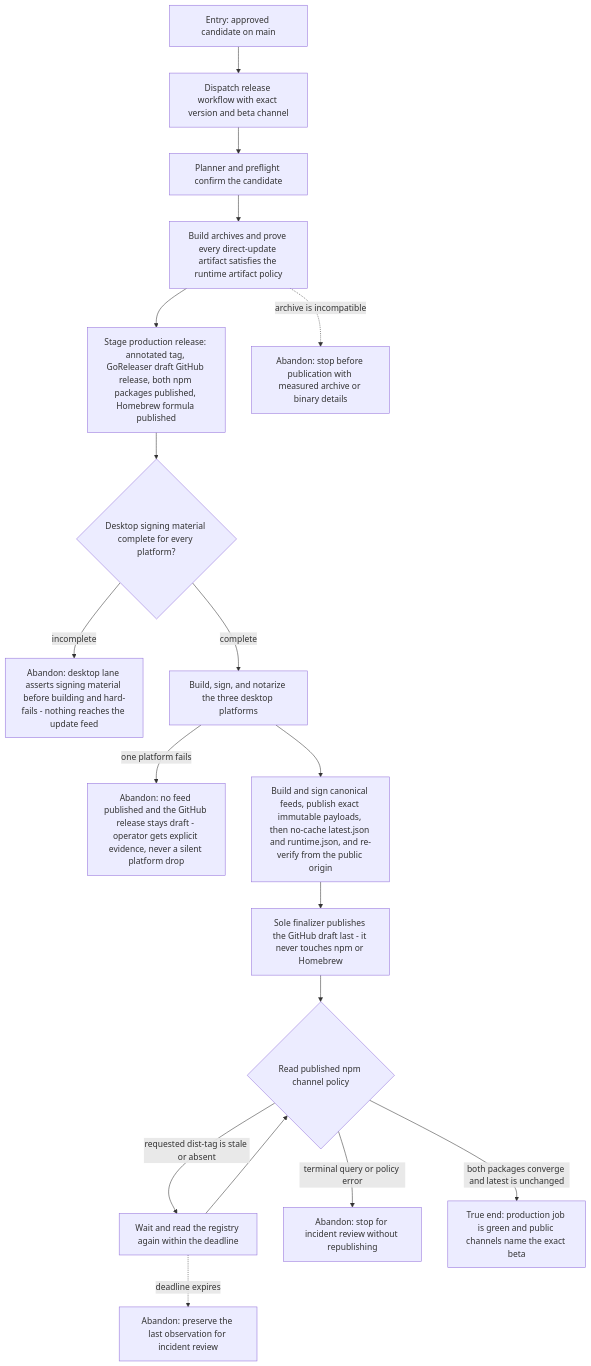
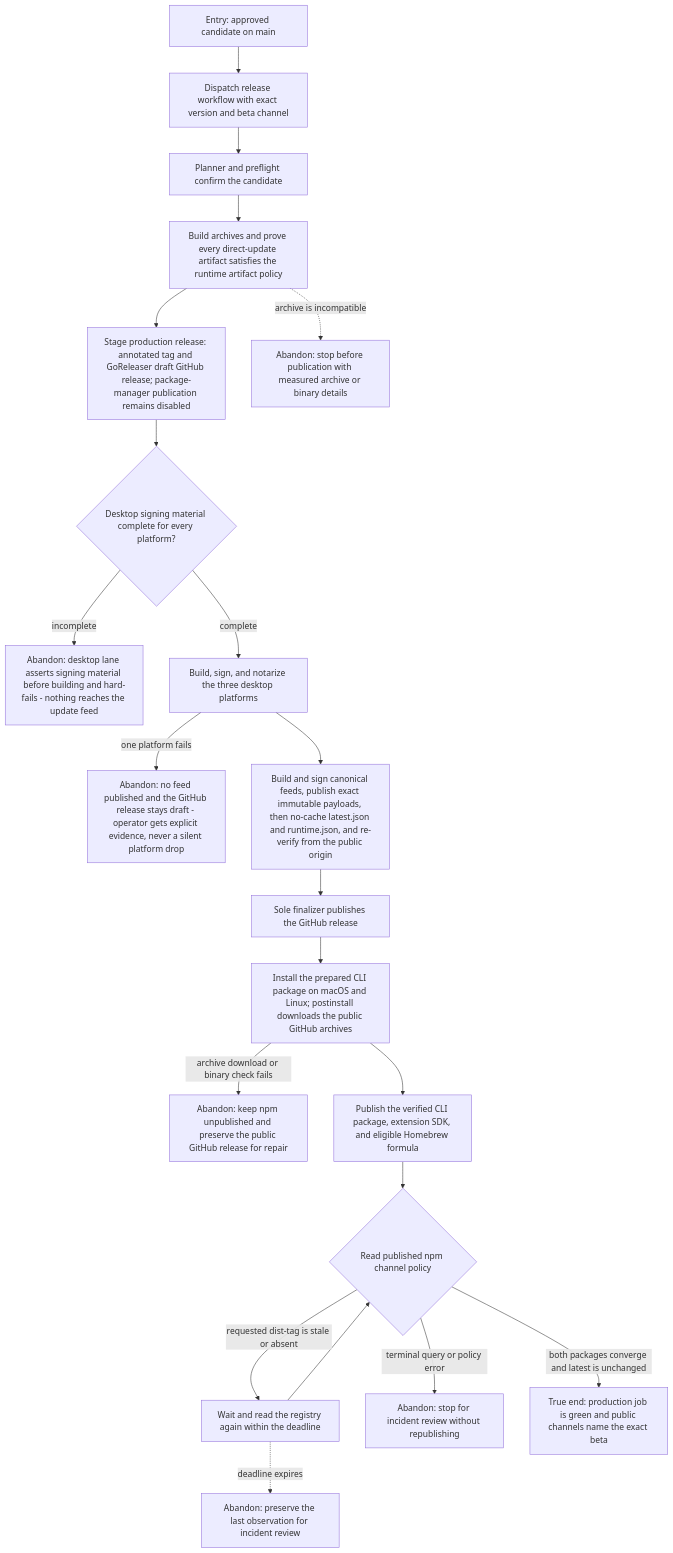
Before and after one commit to compozy/compozy: the diagram in docs/qa/journeys/J-publish-compozy-beta.md, drawn with Mermaid. The commit also changed other lines of this file and 17 other files, not shown here.

Commit message:
fix: make release publication atomic

````diff
--- a/docs/qa/journeys/J-publish-compozy-beta.md
+++ b/docs/qa/journeys/J-publish-compozy-beta.md
@@ -3,20 +3,23 @@
 ```mermaid
 flowchart TD
     A[Entry: approved candidate on main] --> B[Dispatch release workflow with exact version and beta channel]
     B --> C[Planner and preflight confirm the candidate]
     C --> C0[Build archives and prove every direct-update artifact satisfies the runtime artifact policy]
-    C0 --> D0[Stage production release: annotated tag, GoReleaser draft GitHub release, both npm packages published, Homebrew formula published]
+    C0 --> D0[Stage production release: annotated tag and GoReleaser draft GitHub release; package-manager publication remains disabled]
     C0 -.->|archive is incompatible| X0[Abandon: stop before publication with measured archive or binary details]
     D0 --> C1{Desktop signing material complete for every platform?}
     C1 -->|incomplete| X3[Abandon: desktop lane asserts signing material before building and hard-fails - nothing reaches the update feed]
     C1 -->|complete| C2[Build, sign, and notarize the three desktop platforms]
     C2 -->|one platform fails| X4[Abandon: no feed published and the GitHub release stays draft - operator gets explicit evidence, never a silent platform drop]
     C2 --> C3[Build and sign canonical feeds, publish exact immutable payloads, then no-cache latest.json and runtime.json, and re-verify from the public origin]
-    C3 --> D[Sole finalizer publishes the GitHub draft last - it never touches npm or Homebrew]
-    D --> E{Read published npm channel policy}
+    C3 --> D[Sole finalizer publishes the GitHub release]
+    D --> D1[Install the prepared CLI package on macOS and Linux; postinstall downloads the public GitHub archives]
+    D1 -->|archive download or binary check fails| X5[Abandon: keep npm unpublished and preserve the public GitHub release for repair]
+    D1 --> D2[Publish the verified CLI package, extension SDK, and eligible Homebrew formula]
+    D2 --> E{Read published npm channel policy}
     E -->|requested dist-tag is stale or absent| F[Wait and read the registry again within the deadline]
     F --> E
     E -->|terminal query or policy error| X1[Abandon: stop for incident review without republishing]
     E -->|both packages converge and latest is unchanged| G[True end: production job is green and public channels name the exact beta]
     F -.->|deadline expires| X2[Abandon: preserve the last observation for incident review]
 ```
````
